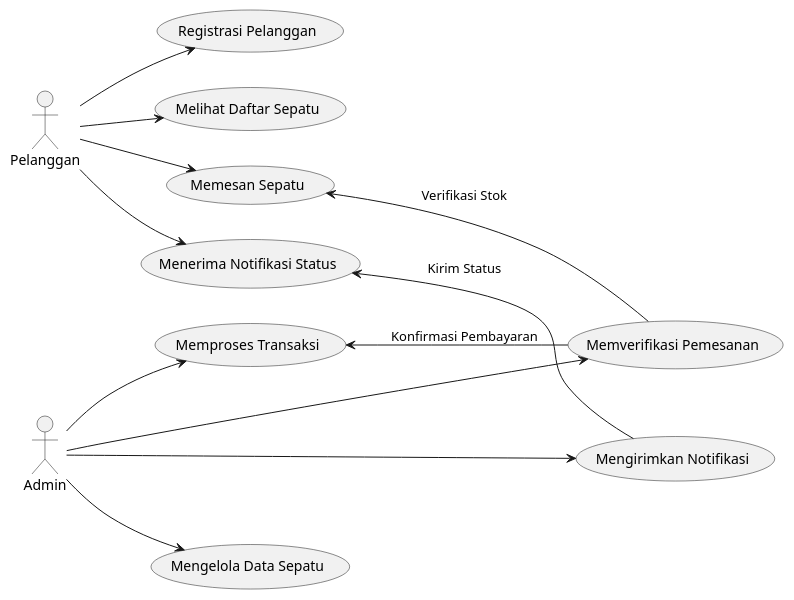
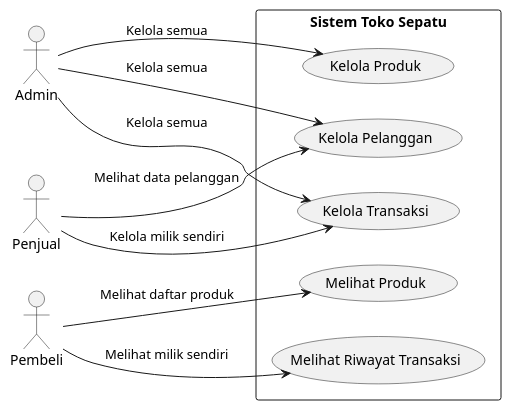
The diagram in uts/dokumen/usecase.puml (Adamputra77/DAA), drawn with PlantUML before and after one commit. The commit also changed 2 other files, not shown here.

```diff
--- a/uts/dokumen/usecase.puml
+++ b/uts/dokumen/usecase.puml
@@ -1,28 +1,22 @@
 @startuml
 left to right direction
-actor Pelanggan
-actor Admin
+actor Admin as A
+actor Penjual as P
+actor Pembeli as B
 
-usecase "Registrasi Pelanggan" as UC1
-usecase "Melihat Daftar Sepatu" as UC2
-usecase "Memesan Sepatu" as UC3
-usecase "Menerima Notifikasi Status" as UC4
-usecase "Mengelola Data Sepatu" as UC5
-usecase "Memverifikasi Pemesanan" as UC6
-usecase "Memproses Transaksi" as UC7
-usecase "Mengirimkan Notifikasi" as UC8
-
-Pelanggan --> UC1
-Pelanggan --> UC2
-Pelanggan --> UC3
-Pelanggan --> UC4
-
-Admin --> UC5
-Admin --> UC6
-Admin --> UC7
-Admin --> UC8
-
-UC3 <-- UC6 : "Verifikasi Stok"
-UC7 <-- UC6 : "Konfirmasi Pembayaran"
-UC4 <-- UC8 : "Kirim Status"
+rectangle "Sistem Toko Sepatu" {
+    usecase "Kelola Produk" as UC1
+    usecase "Kelola Pelanggan" as UC2
+    usecase "Kelola Transaksi" as UC3
+    usecase "Melihat Produk" as UC4
+    usecase "Melihat Riwayat Transaksi" as UC5
+    
+    A --> UC1 : Kelola semua
+    A --> UC2 : Kelola semua
+    A --> UC3 : Kelola semua
+    P --> UC3 : Kelola milik sendiri
+    P --> UC2 : Melihat data pelanggan
+    B --> UC4 : Melihat daftar produk
+    B --> UC5 : Melihat milik sendiri
+}
 @enduml
```
